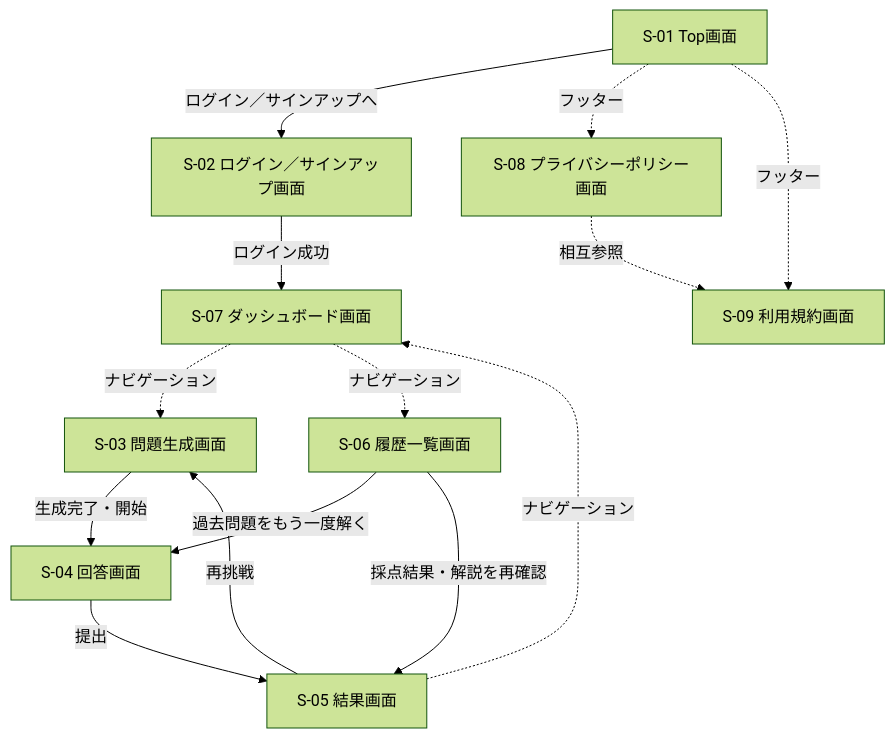
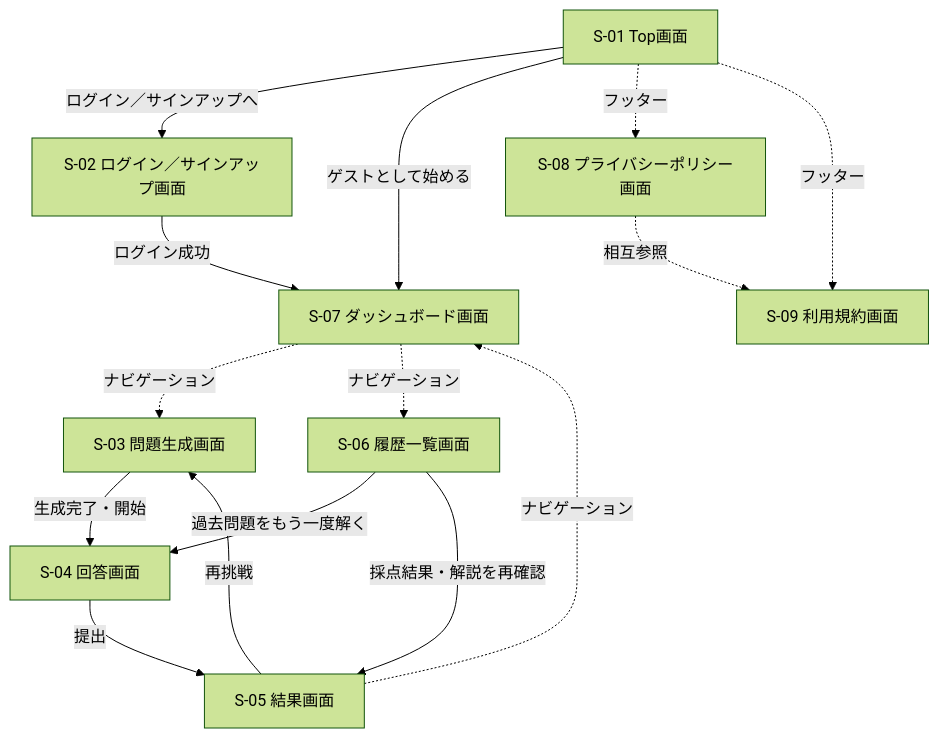
Before and after one commit to h-fujiwara-dev/ielts-creater: the diagram in docs/画面遷移図.md, drawn with Mermaid (forest theme). The commit also changed other lines of this file and 2 other files, not shown here.

````diff
--- a/docs/画面遷移図.md
+++ b/docs/画面遷移図.md
@@ -7,16 +7,17 @@
 ```mermaid
 flowchart TD
     S01[S-01 Top画面] -->|ログイン／サインアップへ| S02[S-02 ログイン／サインアップ画面]
     S02 -->|ログイン成功| S07[S-07 ダッシュボード画面]
+    S01 -->|ゲストとして始める| S07
     S07 -.ナビゲーション.-> S03[S-03 問題生成画面]
     S07 -.ナビゲーション.-> S06[S-06 履歴一覧画面]
     S03 -->|生成完了・開始| S04[S-04 回答画面]
     S04 -->|提出| S05[S-05 結果画面]
     S05 -->|再挑戦| S03
     S05 -.ナビゲーション.-> S07
     S06 -->|過去問題をもう一度解く| S04
     S06 -->|採点結果・解説を再確認| S05
     S01 -.フッター.-> S08[S-08 プライバシーポリシー画面]
     S01 -.フッター.-> S09[S-09 利用規約画面]
     S08 -.相互参照.-> S09
 ```
````
